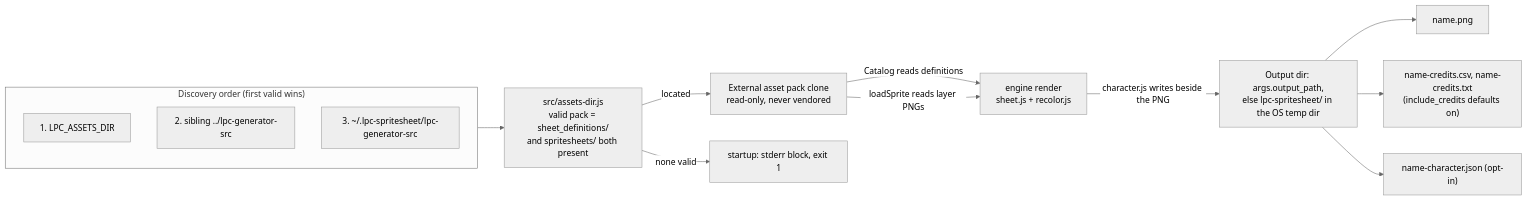
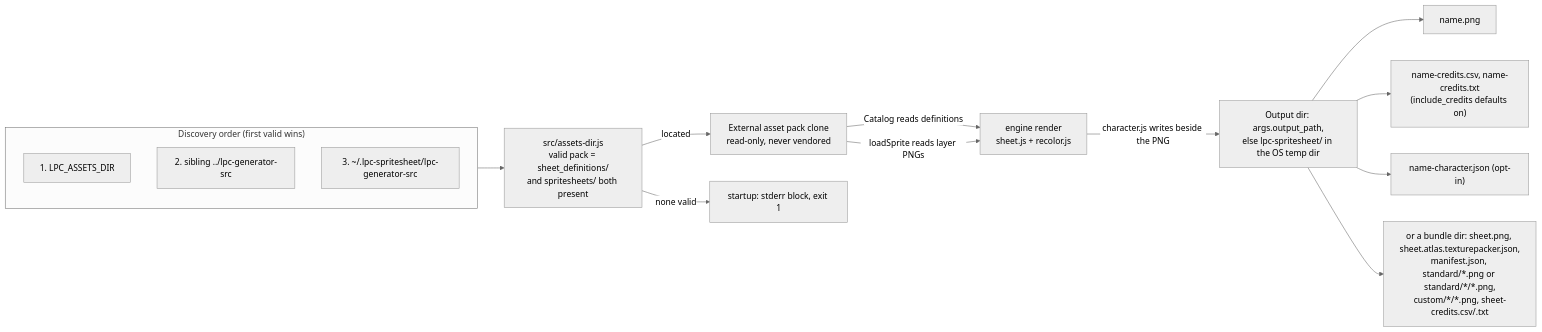
Before and after one commit to kanishka-namdeo/lpc-spritesheet-mcp: the third of 3 diagrams in docs/ARCHITECTURE.md, drawn with Mermaid. The commit also changed other lines of this file and 13 other files, not shown here.

````diff
--- a/docs/ARCHITECTURE.md
+++ b/docs/ARCHITECTURE.md
@@ -170,25 +227,26 @@
 ```mermaid
 %%{init: {"theme": "neutral"}}%%
 flowchart LR
   accTitle: Asset pack discovery and rendered artifacts
   accDescr: Three candidate locations are ranked by assets-dir and the first one holding both sheet definitions and spritesheets wins, the engine reads that pack read-only, and each render writes a PNG plus attribution files beside it.
 
   subgraph CAND["Discovery order (first valid wins)"]
     E1["1. LPC_ASSETS_DIR"]
     E2["2. sibling ../lpc-generator-src"]
     E3["3. ~/.lpc-spritesheet/lpc-generator-src"]
   end
   ADIR["src/assets-dir.js<br/>valid pack = sheet_definitions/<br/>and spritesheets/ both present"]
   EXT["External asset pack clone<br/>read-only, never vendored"]
   OUTD["Output dir: args.output_path,<br/>else lpc-spritesheet/ in the OS temp dir"]
 
   CAND --> ADIR
   ADIR -->|none valid| FAIL["startup: stderr block, exit 1"]
   ADIR -->|located| EXT
   EXT -->|Catalog reads definitions| ENG["engine render<br/>sheet.js + recolor.js"]
   EXT -->|loadSprite reads layer PNGs| ENG
   ENG -->|character.js writes beside the PNG| OUTD
   OUTD --> PNG["name.png"]
   OUTD --> CRT["name-credits.csv, name-credits.txt<br/>(include_credits defaults on)"]
   OUTD --> CHJ["name-character.json (opt-in)"]
+  OUTD --> BUNDLE["or a bundle dir: sheet.png, sheet.atlas.texturepacker.json,<br/>manifest.json, standard/*.png or standard/*/*.png,<br/>custom/*/*.png, sheet-credits.csv/.txt"]
 ```
````
